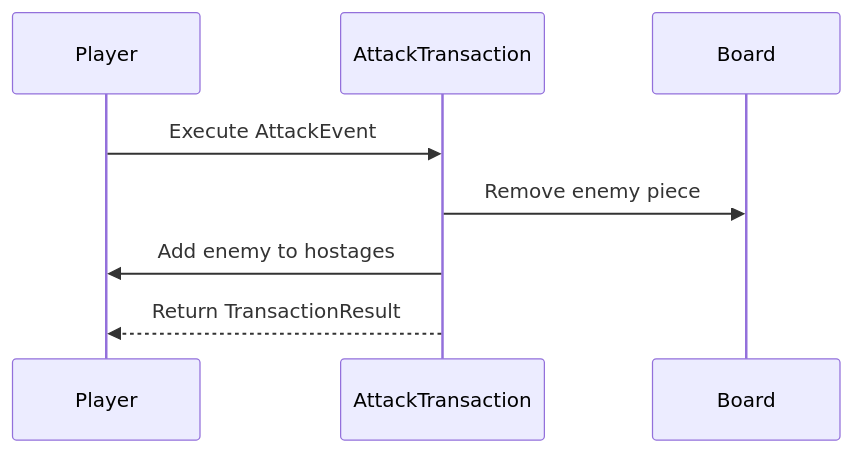
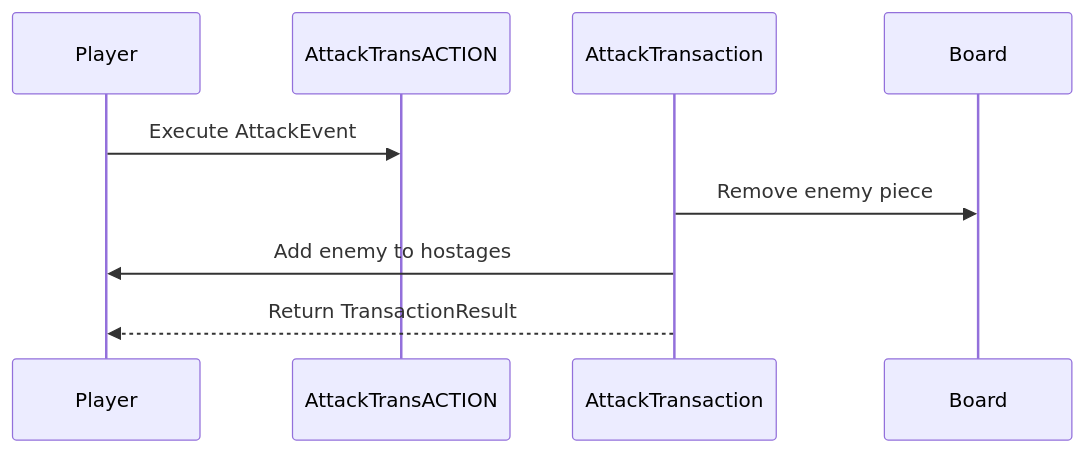
The fourth of 10 diagrams in chessbot_api_architecture_guide.md (banjilawal/chessbot), drawn with Mermaid before and after one commit. The commit also changed other lines of this file and 159 other files, not shown here.

Commit message:
1) Wrote and documented PersonaLookup.2) Updated SchemaLookup line comments.3) Fixed typos across the project.

````diff
--- a/chessbot_api_architecture_guide.md
+++ b/chessbot_api_architecture_guide.md
@@ -666,8 +666,8 @@
 ```mermaid
 %% Simple Transaction Flow
 sequenceDiagram
-  Player->>AttackTransaction: Execute AttackEvent
+  Player->>AttackTransACTION: Execute AttackEvent
   AttackTransaction->>Board: Remove enemy piece
   AttackTransaction->>Player: Add enemy to hostages
   AttackTransaction-->>Player: Return TransactionResult
 ```
````
